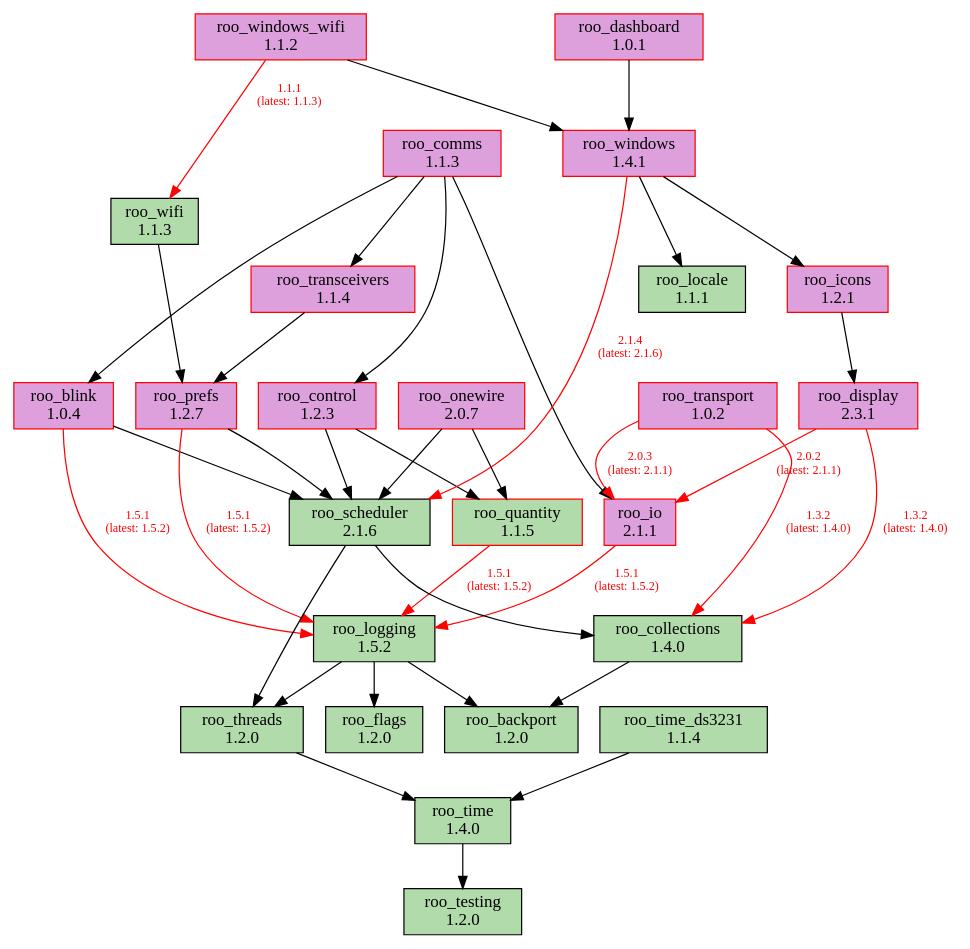
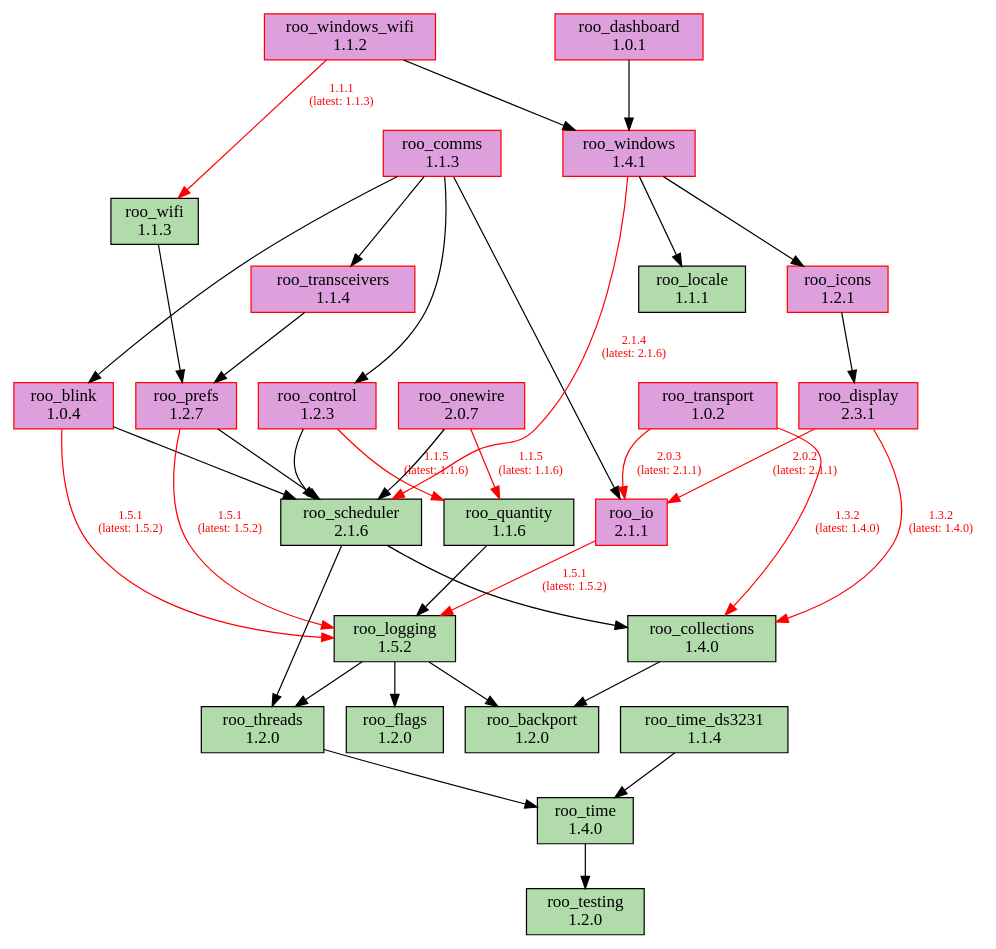
Before and after one commit to dejwk/roo-registry: the diagram in doc/dependencies.dot, drawn with Graphviz. The commit also changed 3 other files, not shown here.

Commit message:
Added roo_quantity 1.1.6 to the registry.

```diff
--- a/doc/dependencies.dot
+++ b/doc/dependencies.dot
@@ -1,70 +1,70 @@
 digraph dependencies {
     rankdir=TB;
     node [shape=box, style=filled];
     edge [fontsize=10];
 
     // Modules
     "roo_backport" [label="roo_backport\n1.2.0", fillcolor="#b1dbab", color="black"];
     "roo_blink" [label="roo_blink\n1.0.4", fillcolor="plum", color="red"];
     "roo_collections" [label="roo_collections\n1.4.0", fillcolor="#b1dbab", color="black"];
     "roo_comms" [label="roo_comms\n1.1.3", fillcolor="plum", color="red"];
     "roo_control" [label="roo_control\n1.2.3", fillcolor="plum", color="red"];
     "roo_dashboard" [label="roo_dashboard\n1.0.1", fillcolor="plum", color="red"];
     "roo_display" [label="roo_display\n2.3.1", fillcolor="plum", color="red"];
     "roo_flags" [label="roo_flags\n1.2.0", fillcolor="#b1dbab", color="black"];
     "roo_icons" [label="roo_icons\n1.2.1", fillcolor="plum", color="red"];
     "roo_io" [label="roo_io\n2.1.1", fillcolor="plum", color="red"];
     "roo_locale" [label="roo_locale\n1.1.1", fillcolor="#b1dbab", color="black"];
     "roo_logging" [label="roo_logging\n1.5.2", fillcolor="#b1dbab", color="black"];
     "roo_onewire" [label="roo_onewire\n2.0.7", fillcolor="plum", color="red"];
     "roo_prefs" [label="roo_prefs\n1.2.7", fillcolor="plum", color="red"];
-    "roo_quantity" [label="roo_quantity\n1.1.5", fillcolor="#b1dbab", color="red"];
+    "roo_quantity" [label="roo_quantity\n1.1.6", fillcolor="#b1dbab", color="black"];
     "roo_scheduler" [label="roo_scheduler\n2.1.6", fillcolor="#b1dbab", color="black"];
     "roo_testing" [label="roo_testing\n1.2.0", fillcolor="#b1dbab", color="black"];
     "roo_threads" [label="roo_threads\n1.2.0", fillcolor="#b1dbab", color="black"];
     "roo_time" [label="roo_time\n1.4.0", fillcolor="#b1dbab", color="black"];
     "roo_time_ds3231" [label="roo_time_ds3231\n1.1.4", fillcolor="#b1dbab", color="black"];
     "roo_transceivers" [label="roo_transceivers\n1.1.4", fillcolor="plum", color="red"];
     "roo_transport" [label="roo_transport\n1.0.2", fillcolor="plum", color="red"];
     "roo_wifi" [label="roo_wifi\n1.1.3", fillcolor="#b1dbab", color="black"];
     "roo_windows" [label="roo_windows\n1.4.1", fillcolor="plum", color="red"];
     "roo_windows_wifi" [label="roo_windows_wifi\n1.1.2", fillcolor="plum", color="red"];
 
     // Dependencies
     "roo_blink" -> "roo_logging" [color=red, fontcolor=red, label="1.5.1\n(latest: 1.5.2)"];
     "roo_blink" -> "roo_scheduler";
     "roo_collections" -> "roo_backport";
     "roo_comms" -> "roo_blink";
     "roo_comms" -> "roo_control";
     "roo_comms" -> "roo_io";
     "roo_comms" -> "roo_transceivers";
-    "roo_control" -> "roo_quantity";
+    "roo_control" -> "roo_quantity" [color=red, fontcolor=red, label="1.1.5\n(latest: 1.1.6)"];
     "roo_control" -> "roo_scheduler";
     "roo_dashboard" -> "roo_windows";
     "roo_display" -> "roo_collections" [color=red, fontcolor=red, label="1.3.2\n(latest: 1.4.0)"];
     "roo_display" -> "roo_io" [color=red, fontcolor=red, label="2.0.2\n(latest: 2.1.1)"];
     "roo_icons" -> "roo_display";
     "roo_io" -> "roo_logging" [color=red, fontcolor=red, label="1.5.1\n(latest: 1.5.2)"];
     "roo_logging" -> "roo_backport";
     "roo_logging" -> "roo_flags";
     "roo_logging" -> "roo_threads";
     "roo_onewire" -> "roo_scheduler";
-    "roo_onewire" -> "roo_quantity";
+    "roo_onewire" -> "roo_quantity" [color=red, fontcolor=red, label="1.1.5\n(latest: 1.1.6)"];
     "roo_prefs" -> "roo_logging" [color=red, fontcolor=red, label="1.5.1\n(latest: 1.5.2)"];
     "roo_prefs" -> "roo_scheduler";
-    "roo_quantity" -> "roo_logging" [color=red, fontcolor=red, label="1.5.1\n(latest: 1.5.2)"];
+    "roo_quantity" -> "roo_logging";
     "roo_scheduler" -> "roo_collections";
     "roo_scheduler" -> "roo_threads";
     "roo_threads" -> "roo_time";
     "roo_time" -> "roo_testing";
     "roo_time_ds3231" -> "roo_time";
     "roo_transceivers" -> "roo_prefs";
     "roo_transport" -> "roo_collections" [color=red, fontcolor=red, label="1.3.2\n(latest: 1.4.0)"];
     "roo_transport" -> "roo_io" [color=red, fontcolor=red, label="2.0.3\n(latest: 2.1.1)"];
     "roo_wifi" -> "roo_prefs";
     "roo_windows" -> "roo_locale";
     "roo_windows" -> "roo_icons";
     "roo_windows" -> "roo_scheduler" [color=red, fontcolor=red, label="2.1.4\n(latest: 2.1.6)"];
     "roo_windows_wifi" -> "roo_wifi" [color=red, fontcolor=red, label="1.1.1\n(latest: 1.1.3)"];
     "roo_windows_wifi" -> "roo_windows";
 }
```
